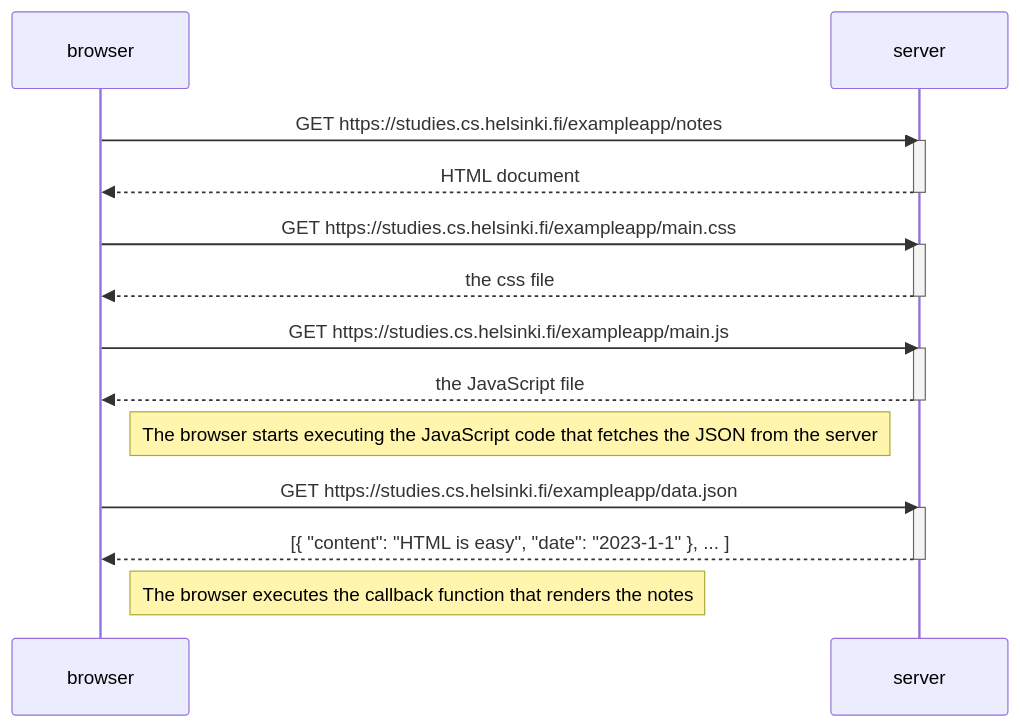
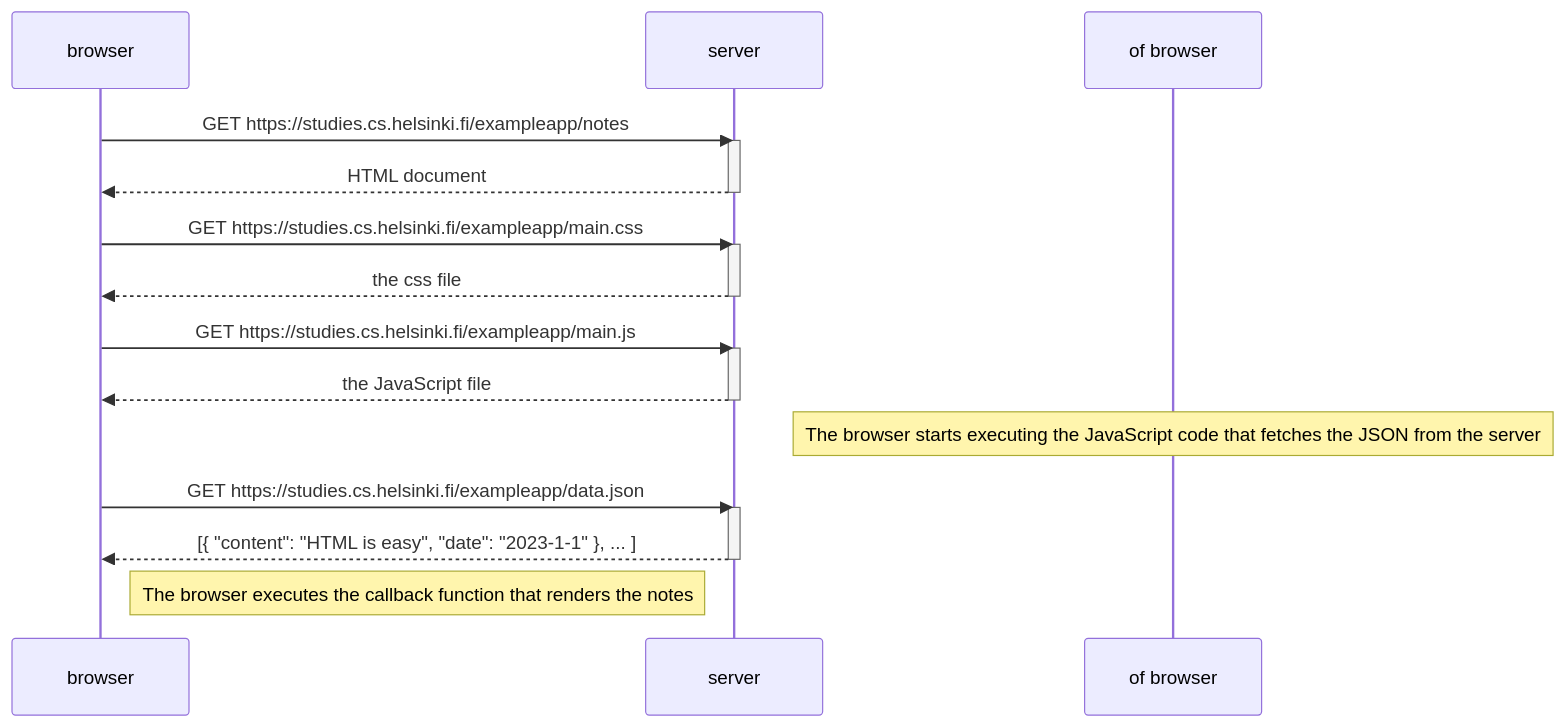
Before and after one commit to joshitobuba/example_app: the diagram in part0/exercise_0_4.md, drawn with Mermaid.

````diff
--- a/part0/exercise_0_4.md
+++ b/part0/exercise_0_4.md
@@ -1,29 +1,29 @@
 ```mermaid
   sequenceDiagram
     participant browser
     participant server
 
     browser->>server: GET https://studies.cs.helsinki.fi/exampleapp/notes
     activate server
     server-->>browser: HTML document
     deactivate server
 
     browser->>server: GET https://studies.cs.helsinki.fi/exampleapp/main.css
     activate server
     server-->>browser: the css file
     deactivate server
 
     browser->>server: GET https://studies.cs.helsinki.fi/exampleapp/main.js
     activate server
     server-->>browser: the JavaScript file
     deactivate server
 
-    note right of browser: The browser starts executing the JavaScript code that fetches the JSON from the server
+    note over of browser: The browser starts executing the JavaScript code that fetches the JSON from the server
 
     browser->>server: GET https://studies.cs.helsinki.fi/exampleapp/data.json
     activate server
     server-->>browser: [{ "content": "HTML is easy", "date": "2023-1-1" }, ... ]
     deactivate server
 
     Note right of browser: The browser executes the callback function that renders the notes
 ```
````
